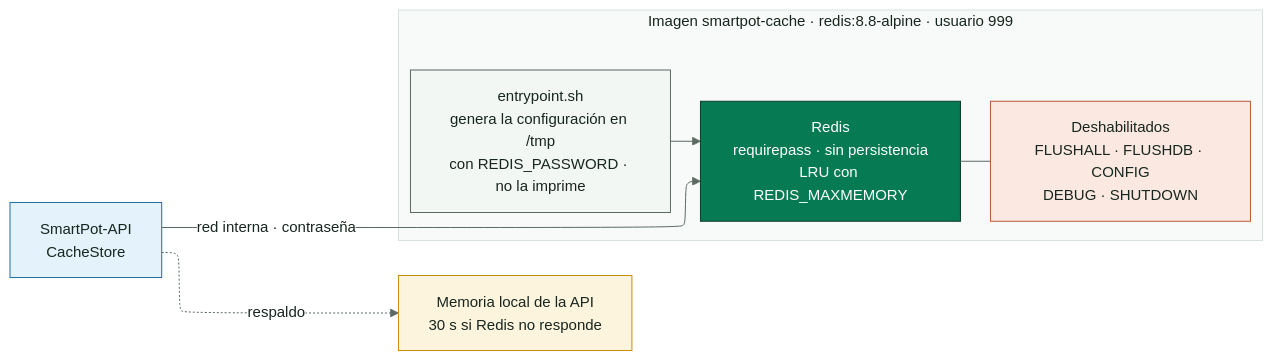
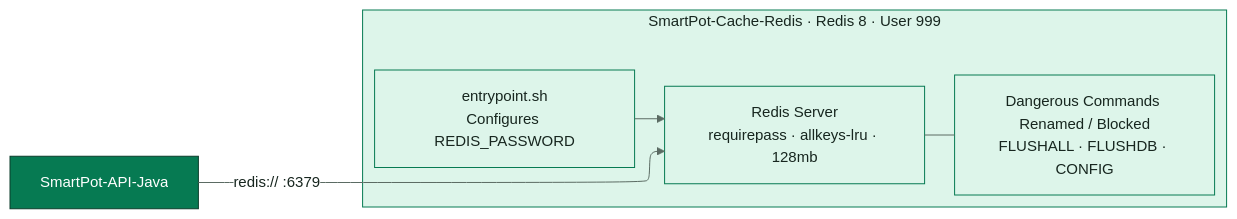
One commit to SmartPotTech/SmartPot-Cache-Redis changed the first of 2 diagrams in docs/SmartPot_Cache_Documentation.md. Above: the diagram before and after it, drawn with Mermaid. The commit also changed other lines of this file and 9 other files, not shown here.

Commit message:
docs(specs): standardize legacy english documentation, notices, diagrams, and manuals

````diff
--- a/docs/SmartPot_Cache_Documentation.md
+++ b/docs/SmartPot_Cache_Documentation.md
@@ -41,28 +41,18 @@
 ```mermaid
 %%{init: {"theme": "base", "fontFamily": "Segoe UI, Arial, sans-serif", "themeVariables": {"fontFamily": "Segoe UI, Arial, sans-serif", "fontSize": "15px", "primaryColor": "#DDF5EA", "primaryTextColor": "#17261F", "primaryBorderColor": "#067A52", "secondaryColor": "#E3F2FB", "secondaryTextColor": "#17261F", "secondaryBorderColor": "#1F6FA0", "tertiaryColor": "#F2F7F4", "tertiaryTextColor": "#17261F", "tertiaryBorderColor": "#D5E3DC", "lineColor": "#5B6B63", "textColor": "#17261F", "mainBkg": "#DDF5EA", "nodeBorder": "#067A52", "clusterBkg": "#F7FAF8", "clusterBorder": "#D5E3DC", "edgeLabelBackground": "#FFFFFF", "actorBkg": "#067A52", "actorBorder": "#0B3D2B", "actorTextColor": "#FFFFFF", "actorLineColor": "#5B6B63", "signalColor": "#17261F", "signalTextColor": "#17261F", "labelBoxBkgColor": "#0B3D2B", "labelBoxBorderColor": "#0B3D2B", "labelTextColor": "#FFFFFF", "loopTextColor": "#0B3D2B", "noteBkgColor": "#FDF4DD", "noteBorderColor": "#C98D12", "noteTextColor": "#17261F", "activationBkgColor": "#DDF5EA", "activationBorderColor": "#067A52", "attributeBackgroundColorOdd": "#FFFFFF", "attributeBackgroundColorEven": "#F2F7F4"}, "layout": "elk", "elk": {"nodePlacementStrategy": "BRANDES_KOEPF", "mergeEdges": false, "cycleBreakingStrategy": "GREEDY"}}}%%
 flowchart LR
-  api["SmartPot-API<br/>CacheStore"]
-  subgraph imagen["Imagen smartpot-cache · redis:8.8-alpine · usuario 999"]
+  api["SmartPot-API-Java"]
+  subgraph redis["SmartPot-Cache-Redis · Redis 8 · User 999"]
     direction TB
-    entry["entrypoint.sh<br/>genera la configuración en /tmp<br/>con REDIS_PASSWORD · no la imprime"]
-    redis["Redis<br/>requirepass · sin persistencia<br/>LRU con REDIS_MAXMEMORY"]
-    blocked["Deshabilitados<br/>FLUSHALL · FLUSHDB · CONFIG<br/>DEBUG · SHUTDOWN"]
+    entry["entrypoint.sh<br/>Configures REDIS_PASSWORD"]
+    server["Redis Server<br/>requirepass · allkeys-lru · 128mb"]
+    blocked["Dangerous Commands Renamed / Blocked<br/>FLUSHALL · FLUSHDB · CONFIG"]
   end
-  local["Memoria local de la API<br/>30 s si Redis no responde"]
-  api -->|"red interna · contraseña"| redis
-  entry --> redis
-  redis --- blocked
-  api -.->|"respaldo"| local
+  api -->|"redis:// :6379"| server
+  entry --> server
+  server --- blocked
+  classDef core fill:#067A52,stroke:#0B3D2B,color:#FFFFFF
   classDef leaf fill:#DDF5EA,stroke:#067A52,color:#17261F
-  classDef water fill:#E3F2FB,stroke:#1F6FA0,color:#17261F
-  classDef sun fill:#FDF4DD,stroke:#C98D12,color:#17261F
-  classDef clay fill:#FBE9E1,stroke:#B85A38,color:#17261F
-  classDef core fill:#067A52,stroke:#0B3D2B,color:#FFFFFF
-  classDef deep fill:#0B3D2B,stroke:#06281C,color:#FFFFFF
-  classDef muted fill:#F2F7F4,stroke:#5B6B63,color:#17261F
-  class api water
-  class entry muted
-  class redis core
-  class blocked clay
-  class local sun
+  class api core
+  class redis,entry,server,blocked leaf
 ```
````
